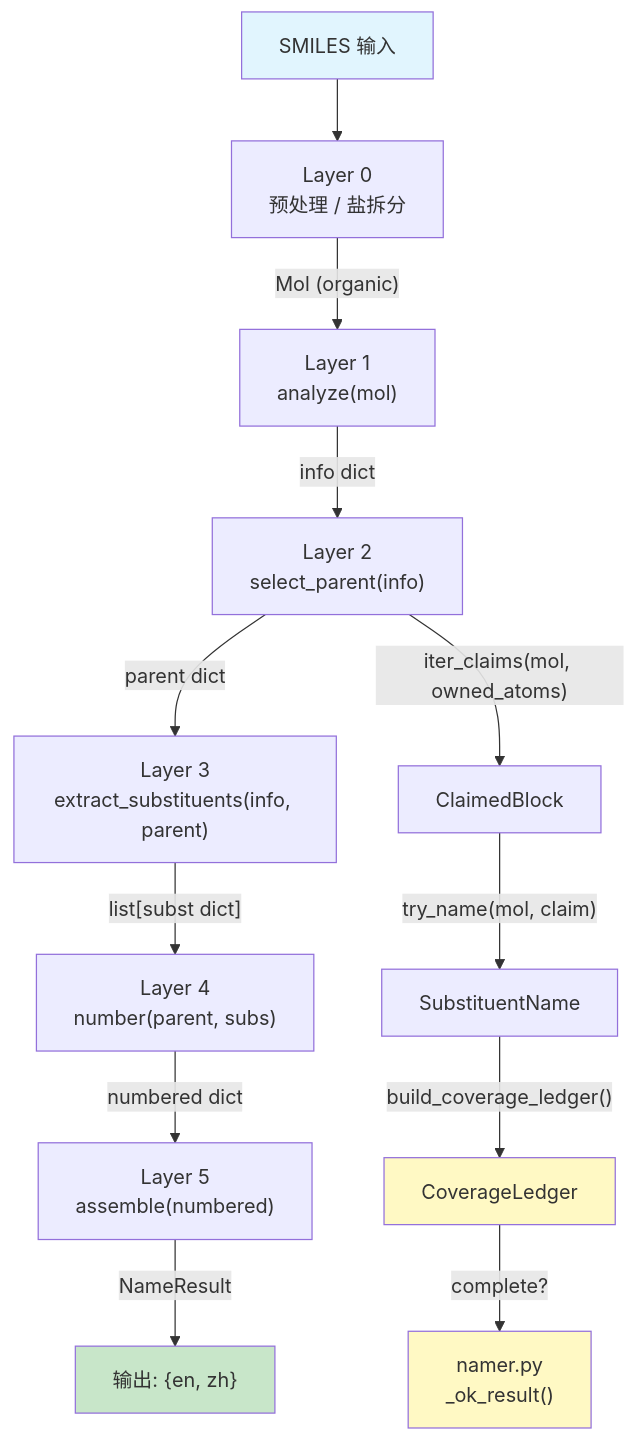
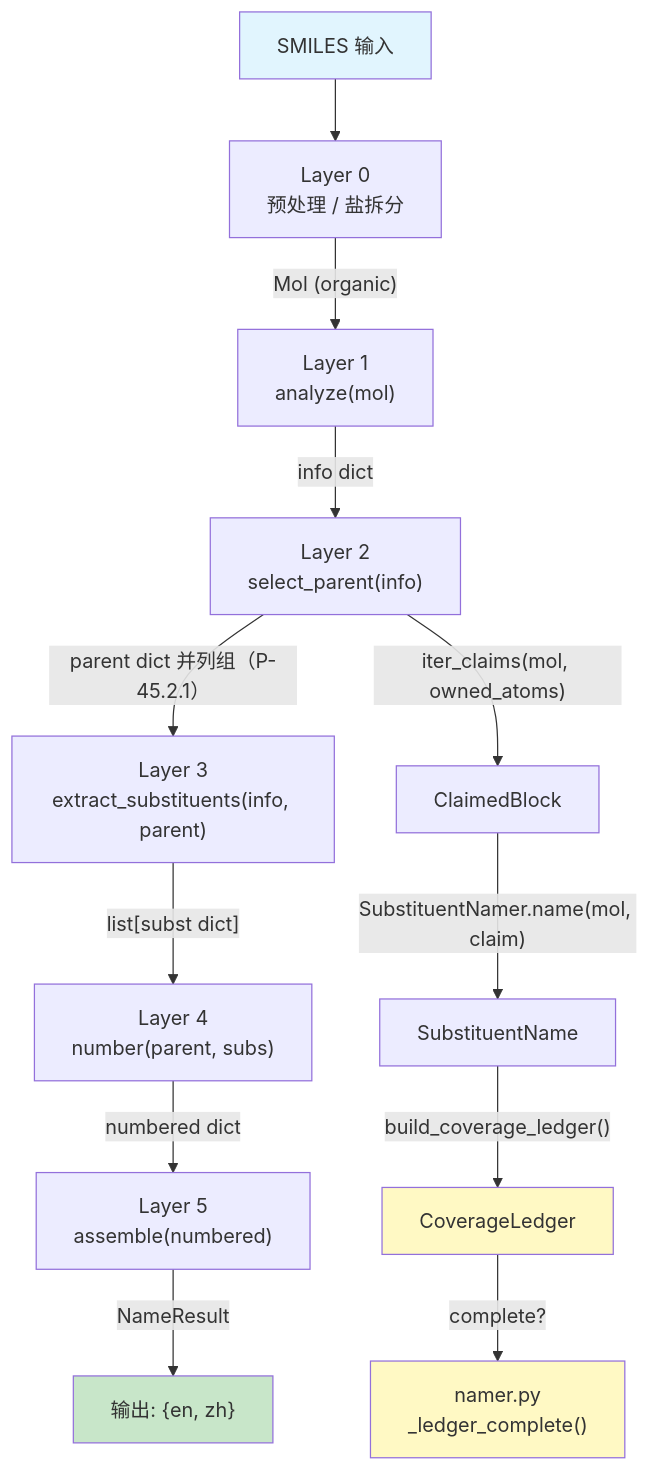
One commit to zouxiaofei1/OpenSMILES changed the diagram in docs/wiki/reference/core-data-contracts.md. Above: the diagram before and after it, drawn with Mermaid. The commit also changed other lines of this file and 18 other files, not shown here.

````diff
--- a/docs/wiki/reference/core-data-contracts.md
+++ b/docs/wiki/reference/core-data-contracts.md
@@ -9,20 +9,20 @@
 ```mermaid
 graph TD
     SMILES["SMILES 输入"] --> L0["Layer 0<br/>预处理 / 盐拆分"]
     L0 -->|"Mol (organic)"| L1["Layer 1<br/>analyze(mol)"]
     L1 -->|"info dict"| L2["Layer 2<br/>select_parent(info)"]
-    L2 -->|"parent dict"| L3["Layer 3<br/>extract_substituents(info, parent)"]
+    L2 -->|"parent dict 并列组（P-45.2.1）"| L3["Layer 3<br/>extract_substituents(info, parent)"]
     L3 -->|"list[subst dict]"| L4["Layer 4<br/>number(parent, subs)"]
     L4 -->|"numbered dict"| L5["Layer 5<br/>assemble(numbered)"]
     L5 -->|"NameResult"| OUT["输出: {en, zh}"]
 
     L2 -->|"iter_claims(mol, owned_atoms)"| CB["ClaimedBlock"]
-    CB -->|"try_name(mol, claim)"| SN["SubstituentName"]
+    CB -->|"SubstituentNamer.name(mol, claim)"| SN["SubstituentName"]
     SN -->|"build_coverage_ledger()"| CL["CoverageLedger"]
-    CL -->|"complete?"| NAMER["namer.py<br/>_ok_result()"]
+    CL -->|"complete?"| NAMER["namer.py<br/>_ledger_complete()"]
 
     style SMILES fill:#e1f5fe
     style OUT fill:#c8e6c9
     style CL fill:#fff9c4
     style NAMER fill:#fff9c4
 ```
````
